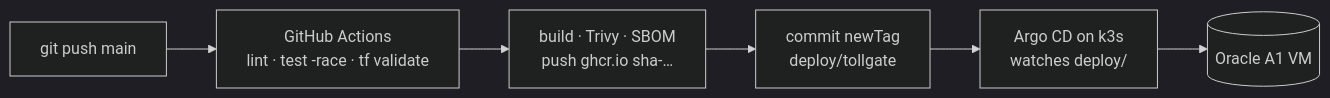
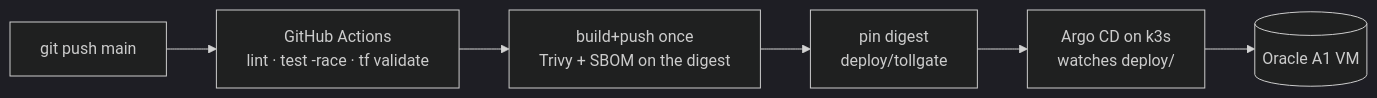
Before and after one commit to krishbansalofficial/tollgate: the diagram in docs/DEPLOY.md, drawn with Mermaid (dark theme). The commit also changed other lines of this file and 2 other files, not shown here.

Commit message:
fix(ci): scan the published digest, pin it in deploy, and harden write-back
From security review:
- Build multi-arch once, then run Trivy (arm64 and amd64) and the SBOM
  against the pushed digest; the bump job pins tag@digest, so the deployed
  bytes are exactly the scanned bytes.
- bump: no persisted credentials, validates tag/digest format, refuses to
  push unless the only changed file is deploy/tollgate/kustomization.yaml.
- infra job: runs PR-controlled IaC only for same-repo branches, uses a
  fixed directory list and a read-only provider lockfile.
- Dockerfile: VERSION must match [A-Za-z0-9._-]+ before reaching -ldflags.

````diff
--- a/docs/DEPLOY.md
+++ b/docs/DEPLOY.md
@@ -5,8 +5,8 @@
 ```mermaid
 flowchart LR
     dev[git push main] --> ci[GitHub Actions<br/>lint · test -race · tf validate]
-    ci --> rel[build · Trivy · SBOM<br/>push ghcr.io sha-…]
-    rel --> bump[commit newTag<br/>deploy/tollgate]
+    ci --> rel[build+push once<br/>Trivy + SBOM on the digest]
+    rel --> bump[pin digest<br/>deploy/tollgate]
     bump --> argo[Argo CD on k3s<br/>watches deploy/]
     argo --> k3s[(Oracle A1 VM)]
 ```
````
